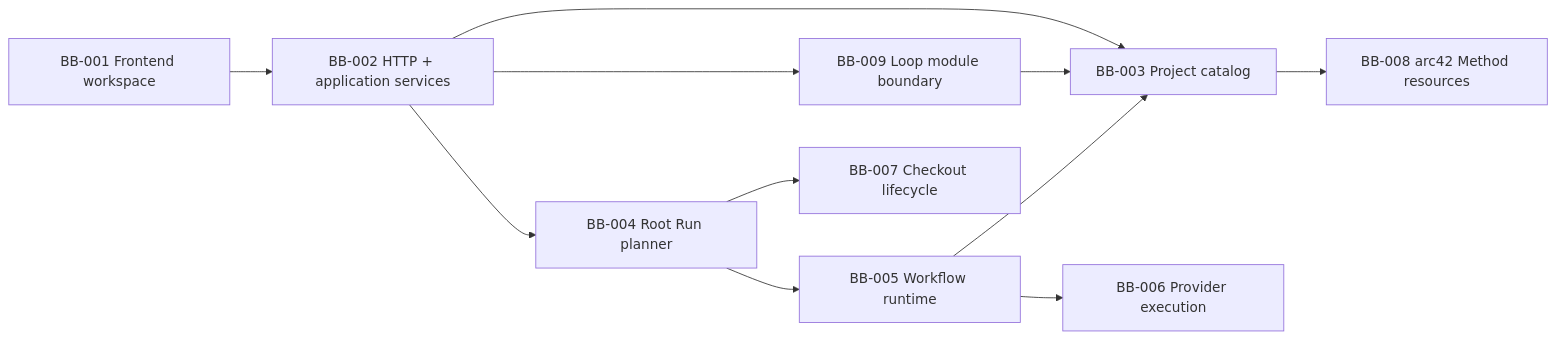
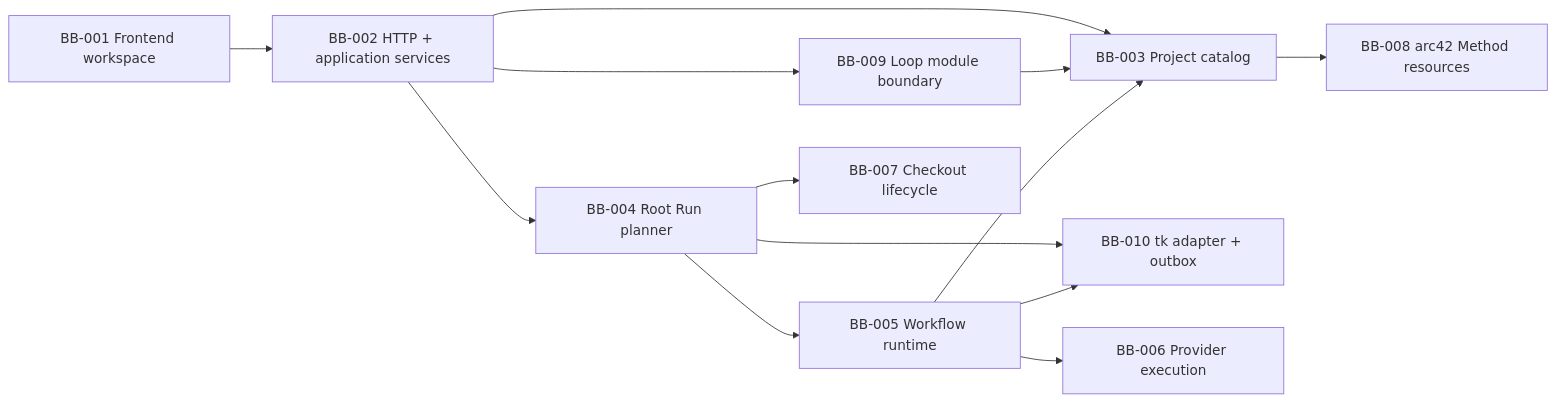
One commit to isinisalo/ballet changed the diagram in .ballet/arc42/05-building-block-view.md. Above: the diagram before and after it, drawn with Mermaid. The commit also changed other lines of this file and 204 other files, not shown here.

Commit message:
graph engineering

````diff
--- a/.ballet/arc42/05-building-block-view.md
+++ b/.ballet/arc42/05-building-block-view.md
@@ -26,13 +26,15 @@
 ```mermaid
 flowchart LR
   ui["BB-001 Frontend workspace"] --> api["BB-002 HTTP + application services"]
   api --> catalog["BB-003 Project catalog"]
   api --> planner["BB-004 Root Run planner"]
   api --> modules["BB-009 Loop module boundary"]
   planner --> runtime["BB-005 Workflow runtime"]
+  planner --> tracker["BB-010 tk adapter + outbox"]
+  runtime --> tracker
   runtime --> execution["BB-006 Provider execution"]
   planner --> lifecycle["BB-007 Checkout lifecycle"]
   catalog --> method["BB-008 arc42 Method resources"]
   modules --> catalog
   runtime --> catalog
 ```
````
